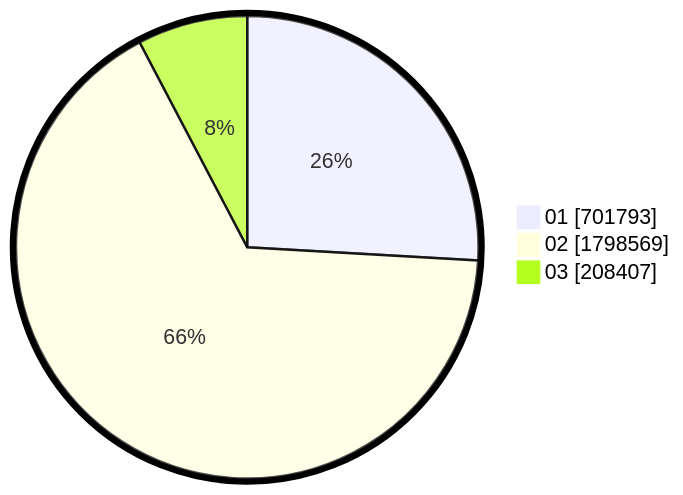
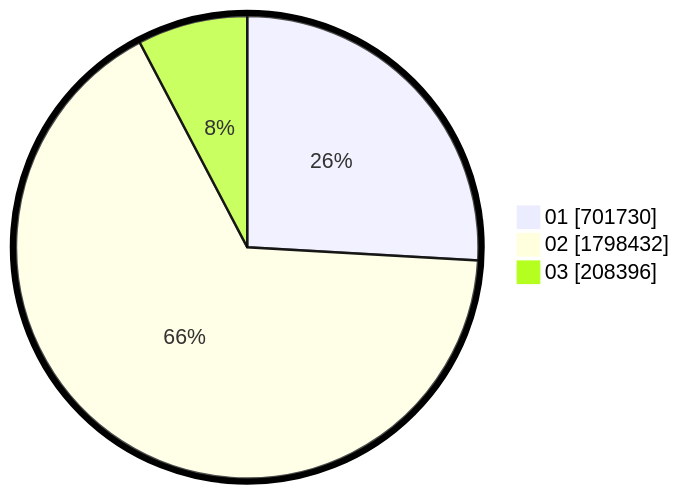
Before and after one commit to gigit-pemilu/pemilu-2024: the second of 2 diagrams in pilpres/hitung-suara/sub/table-wilayah-52.md, drawn with Mermaid. The commit also changed other lines of this file and 7 other files, not shown here.

````diff
--- a/pilpres/hitung-suara/sub/table-wilayah-52.md
+++ b/pilpres/hitung-suara/sub/table-wilayah-52.md
@@ -15,7 +15,7 @@
 ```mermaid
 %%{init: {"pie": {"textPosition": 0.5}, "themeVariables": {"pieOuterStrokeWidth": "5px"}} }%%
 pie showData
-    "01" : 701793
-    "02" : 1798569
-    "03" : 208407
+    "01" : 701730
+    "02" : 1798432
+    "03" : 208396
 ```
````
